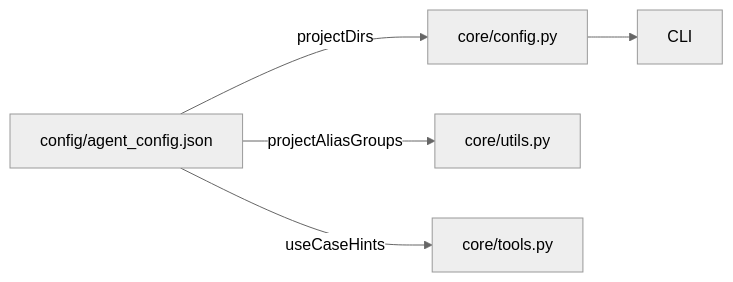
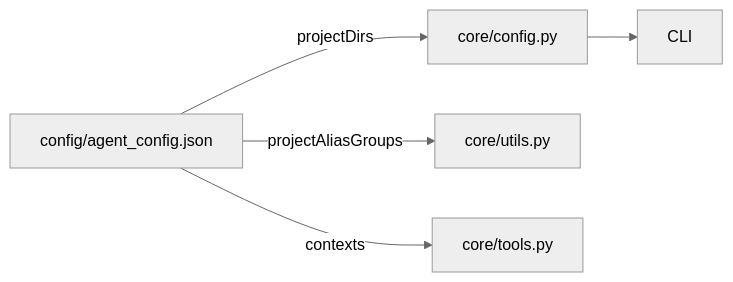
One commit to campagsi/agente-migracao-sistemas changed the third of 3 diagrams in info/arquitetura-agente.md. Above: the diagram before and after it, drawn with Mermaid (neutral theme). The commit also changed 25 other files, not shown here.

````diff
--- a/info/arquitetura-agente.md
+++ b/info/arquitetura-agente.md
@@ -48,7 +48,7 @@
 ```mermaid
 graph LR
     cfg[config/agent_config.json] -->|projectDirs| core/config.py
     cfg -->|projectAliasGroups| core/utils.py
-    cfg -->|useCaseHints| core/tools.py
+    cfg -->|contexts| core/tools.py
     core/config.py --> CLI
 ```
````
